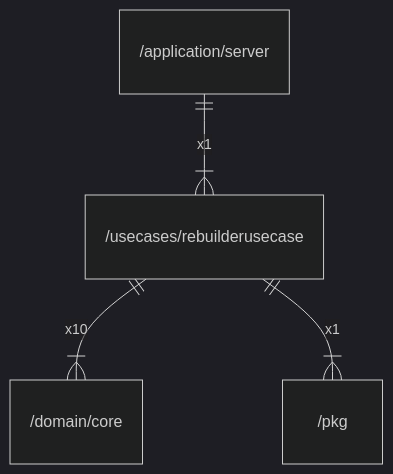
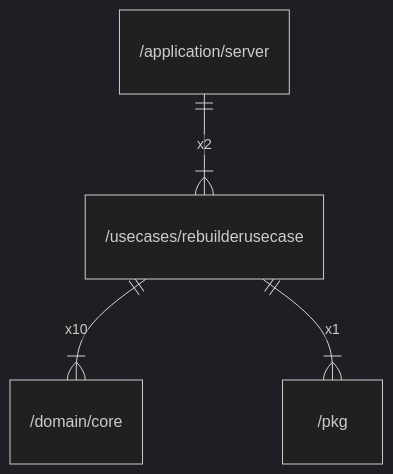
One commit to gbh007/hgraber-next changed the diagram in docs/arch/usecases/rebuilderusecase.md. Above: the diagram before and after it, drawn with Mermaid (dark theme). The commit also changed 52 other files, not shown here.

````diff
--- a/docs/arch/usecases/rebuilderusecase.md
+++ b/docs/arch/usecases/rebuilderusecase.md
@@ -26,6 +26,6 @@
 ```mermaid
 erDiagram
-    "/application/server" ||--|{ "/usecases/rebuilderusecase" : x1
+    "/application/server" ||--|{ "/usecases/rebuilderusecase" : x2
     "/usecases/rebuilderusecase" ||--|{ "/domain/core" : x10
     "/usecases/rebuilderusecase" ||--|{ "/pkg" : x1
 ```
````
